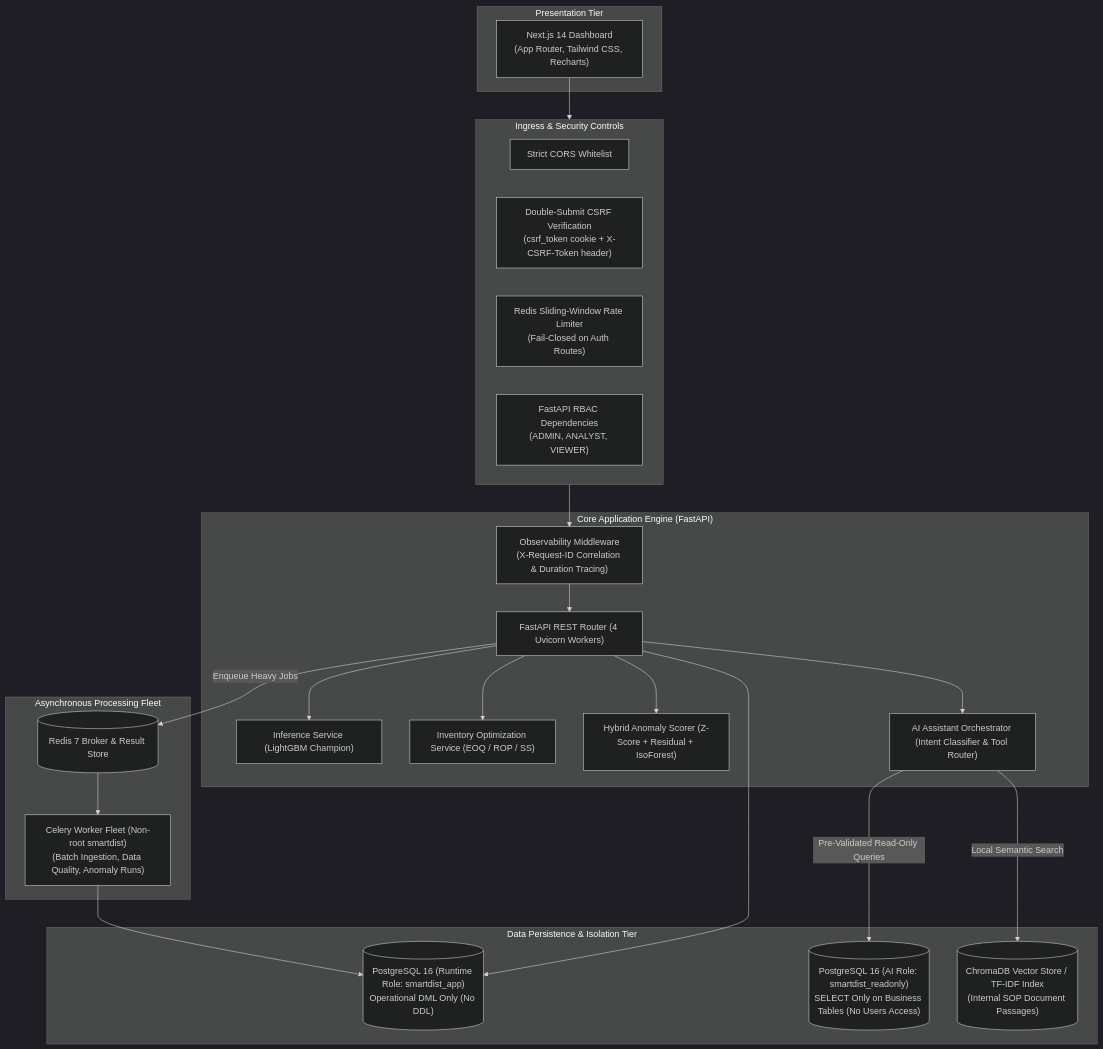
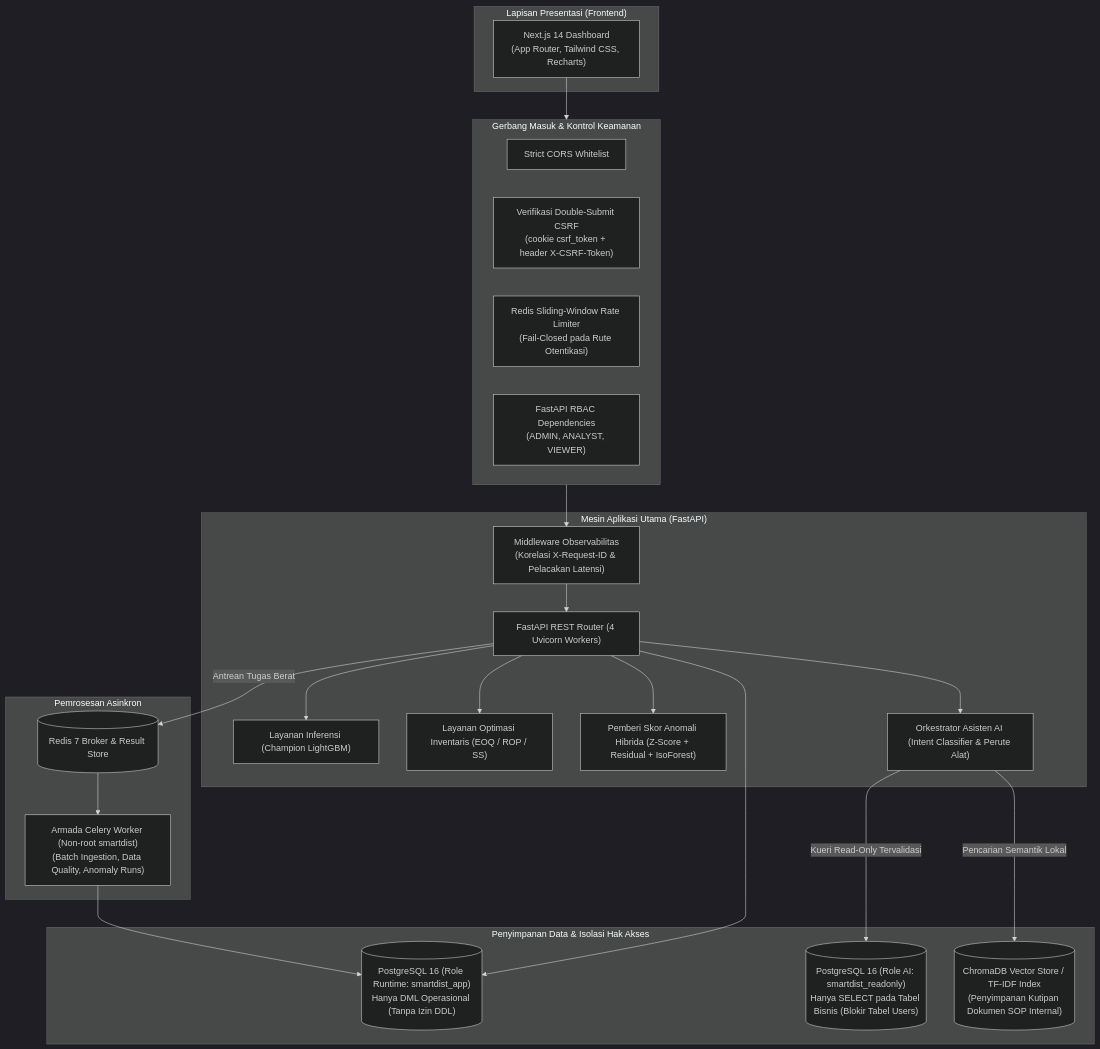
Before and after one commit to azharzuhro12/smartdist-ai: the diagram in README.md, drawn with Mermaid (dark theme). The commit also changed other lines of this file, not shown here.

Commit message:
docs: update root README to Indonesian language

````diff
--- a/README.md
+++ b/README.md
@@ -104,50 +104,50 @@
 ```mermaid
 graph TD
-    subgraph ClientTier["Presentation Tier"]
+    subgraph ClientTier["Lapisan Presentasi (Frontend)"]
         UI["Next.js 14 Dashboard<br/>(App Router, Tailwind CSS, Recharts)"]
     end
 
-    subgraph SecurityGateway["Ingress & Security Controls"]
+    subgraph SecurityGateway["Gerbang Masuk & Kontrol Keamanan"]
         CORS["Strict CORS Whitelist"]
-        CSRF["Double-Submit CSRF Verification<br/>(csrf_token cookie + X-CSRF-Token header)"]
-        RateLimiter["Redis Sliding-Window Rate Limiter<br/>(Fail-Closed on Auth Routes)"]
+        CSRF["Verifikasi Double-Submit CSRF<br/>(cookie csrf_token + header X-CSRF-Token)"]
+        RateLimiter["Redis Sliding-Window Rate Limiter<br/>(Fail-Closed pada Rute Otentikasi)"]
         RBAC["FastAPI RBAC Dependencies<br/>(ADMIN, ANALYST, VIEWER)"]
     end
 
-    subgraph AppTier["Core Application Engine (FastAPI)"]
+    subgraph AppTier["Mesin Aplikasi Utama (FastAPI)"]
         API["FastAPI REST Router (4 Uvicorn Workers)"]
-        Obs["Observability Middleware<br/>(X-Request-ID Correlation & Duration Tracing)"]
-        Forecaster["Inference Service (LightGBM Champion)"]
-        OptEngine["Inventory Optimization Service (EOQ / ROP / SS)"]
-        Scorer["Hybrid Anomaly Scorer (Z-Score + Residual + IsoForest)"]
-        AssistantOrch["AI Assistant Orchestrator (Intent Classifier & Tool Router)"]
+        Obs["Middleware Observabilitas<br/>(Korelasi X-Request-ID & Pelacakan Latensi)"]
+        Forecaster["Layanan Inferensi (Champion LightGBM)"]
+        OptEngine["Layanan Optimasi Inventaris (EOQ / ROP / SS)"]
+        Scorer["Pemberi Skor Anomali Hibrida (Z-Score + Residual + IsoForest)"]
+        AssistantOrch["Orkestrator Asisten AI (Intent Classifier & Perute Alat)"]
     end
 
-    subgraph AsyncTier["Asynchronous Processing Fleet"]
+    subgraph AsyncTier["Pemrosesan Asinkron"]
         RedisQueue[("Redis 7 Broker & Result Store")]
-        Worker["Celery Worker Fleet (Non-root smartdist)<br/>(Batch Ingestion, Data Quality, Anomaly Runs)"]
+        Worker["Armada Celery Worker (Non-root smartdist)<br/>(Batch Ingestion, Data Quality, Anomaly Runs)"]
     end
 
-    subgraph DataTier["Data Persistence & Isolation Tier"]
-        DB_App[("PostgreSQL 16 (Runtime Role: smartdist_app)<br/>Operational DML Only (No DDL)")]
-        DB_RO[("PostgreSQL 16 (AI Role: smartdist_readonly)<br/>SELECT Only on Business Tables (No Users Access)")]
-        VectorStore[("ChromaDB Vector Store / TF-IDF Index<br/>(Internal SOP Document Passages)")]
+    subgraph DataTier["Penyimpanan Data & Isolasi Hak Akses"]
+        DB_App[("PostgreSQL 16 (Role Runtime: smartdist_app)<br/>Hanya DML Operasional (Tanpa Izin DDL)")]
+        DB_RO[("PostgreSQL 16 (Role AI: smartdist_readonly)<br/>Hanya SELECT pada Tabel Bisnis (Blokir Tabel Users)")]
+        VectorStore[("ChromaDB Vector Store / TF-IDF Index<br/>(Penyimpanan Kutipan Dokumen SOP Internal)")]
     end
 
     UI --> SecurityGateway
     SecurityGateway --> Obs
     Obs --> API
 
     API --> Forecaster
     API --> OptEngine
     API --> Scorer
     API --> AssistantOrch
 
-    API --> |Enqueue Heavy Jobs| RedisQueue
+    API --> |Antrean Tugas Berat| RedisQueue
     RedisQueue --> Worker
     Worker --> DB_App
 
     API --> DB_App
-    AssistantOrch --> |Local Semantic Search| VectorStore
-    AssistantOrch --> |Pre-Validated Read-Only Queries| DB_RO
+    AssistantOrch --> |Pencarian Semantik Lokal| VectorStore
+    AssistantOrch --> |Kueri Read-Only Tervalidasi| DB_RO
 ```
````
